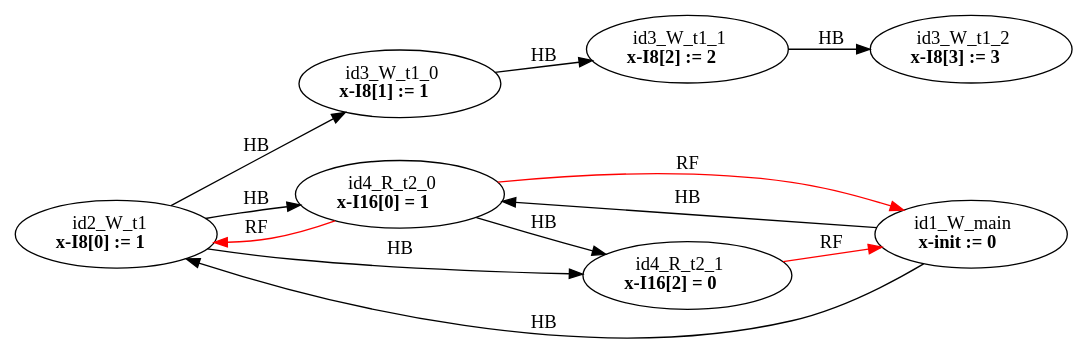
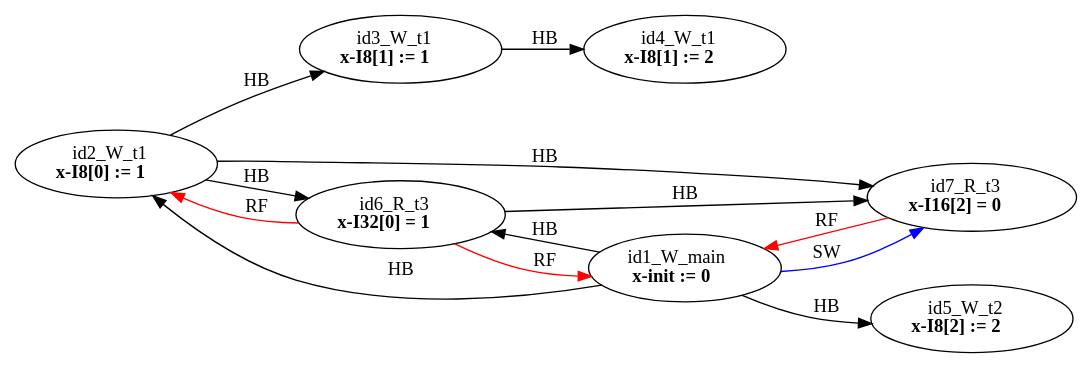
Before and after one commit to FMJS/EMME: the diagram in examples/single_var/sv_simple17/mm2.dot, drawn with Graphviz. The commit also changed 115 other files, not shown here.

```diff
--- a/examples/single_var/sv_simple17/mm2.dot
+++ b/examples/single_var/sv_simple17/mm2.dot
@@ -1,22 +1,23 @@
 digraph memory_model {
 rankdir=LR;
 splines=true; esep=0.5;
-id2_W_t1 -> id3_W_t1_0 [label = "HB", color="black"];
-id3_W_t1_0 -> id3_W_t1_1 [label = "HB", color="black"];
-id3_W_t1_1 -> id3_W_t1_2 [label = "HB", color="black"];
-id4_R_t2_0 -> id4_R_t2_1 [label = "HB", color="black"];
+id2_W_t1 -> id3_W_t1 [label = "HB", color="black"];
+id3_W_t1 -> id4_W_t1 [label = "HB", color="black"];
+id6_R_t3 -> id7_R_t3 [label = "HB", color="black"];
 id1_W_main -> id2_W_t1 [label = "HB", color="black"];
-id1_W_main -> id4_R_t2_0 [label = "HB", color="black"];
-id2_W_t1 -> id4_R_t2_0 [label = "HB", color="black"];
-id2_W_t1 -> id4_R_t2_1 [label = "HB", color="black"];
-id4_R_t2_0 -> id1_W_main [label = "RF", color="red"];
-id4_R_t2_0 -> id2_W_t1 [label = "RF", color="red"];
-id4_R_t2_1 -> id1_W_main [label = "RF", color="red"];
-id1_W_main [label=<id1_W_main<br/><B>x-init := 0</B>>, pos="2.5,8!"]
-id2_W_t1 [label=<id2_W_t1<br/><B>x-I8[0] := 1</B>>, pos="0,6!"]
-id3_W_t1_0 [label=<id3_W_t1_0<br/><B>x-I8[1] := 1</B>>, pos="0,4!"]
-id3_W_t1_1 [label=<id3_W_t1_1<br/><B>x-I8[2] := 2</B>>, pos="0,2!"]
-id3_W_t1_2 [label=<id3_W_t1_2<br/><B>x-I8[3] := 3</B>>, pos="0,0!"]
-id4_R_t2_0 [label=<id4_R_t2_0<br/><B>x-I16[0] = 1</B>>, pos="5,6!"]
-id4_R_t2_1 [label=<id4_R_t2_1<br/><B>x-I16[2] = 0</B>>, pos="5,4!"]
+id1_W_main -> id5_W_t2 [label = "HB", color="black"];
+id1_W_main -> id6_R_t3 [label = "HB", color="black"];
+id2_W_t1 -> id6_R_t3 [label = "HB", color="black"];
+id2_W_t1 -> id7_R_t3 [label = "HB", color="black"];
+id6_R_t3 -> id1_W_main [label = "RF", color="red"];
+id6_R_t3 -> id2_W_t1 [label = "RF", color="red"];
+id7_R_t3 -> id1_W_main [label = "RF", color="red"];
+id1_W_main -> id7_R_t3 [label = "SW", color="blue"];
+id1_W_main [label=<id1_W_main<br/><B>x-init := 0</B>>, pos="5.0,6!"]
+id2_W_t1 [label=<id2_W_t1<br/><B>x-I8[0] := 1</B>>, pos="0,4!"]
+id3_W_t1 [label=<id3_W_t1<br/><B>x-I8[1] := 1</B>>, pos="0,2!"]
+id4_W_t1 [label=<id4_W_t1<br/><B>x-I8[1] := 2</B>>, pos="0,0!"]
+id5_W_t2 [label=<id5_W_t2<br/><B>x-I8[2] := 2</B>>, pos="5,4!"]
+id6_R_t3 [label=<id6_R_t3<br/><B>x-I32[0] = 1</B>>, pos="10,4!"]
+id7_R_t3 [label=<id7_R_t3<br/><B>x-I16[2] = 0</B>>, pos="10,2!"]
 }
```
